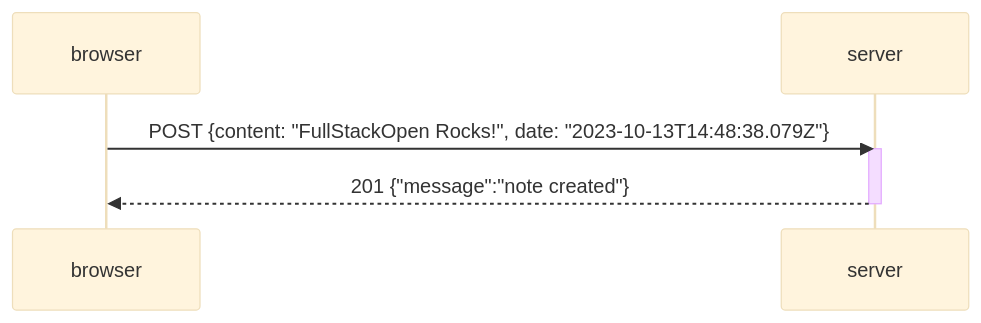
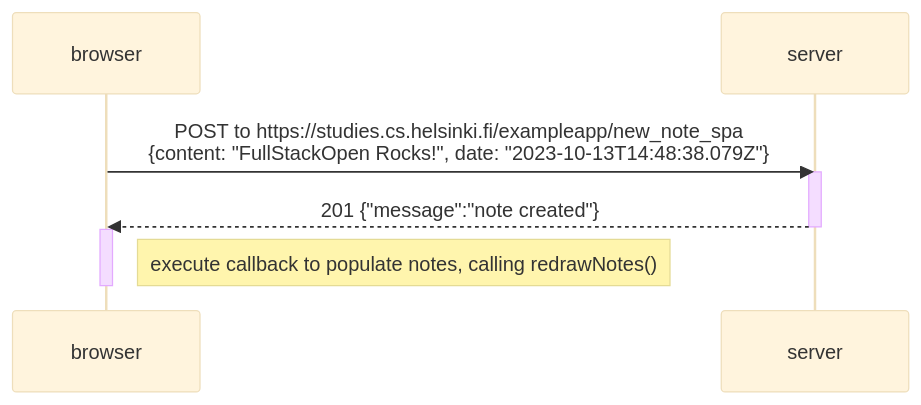
Before and after one commit to derekjwilliams/FullStackOpen: the diagram in part0/0.6_new_note_in_single_page_app.md, drawn with Mermaid (base theme). The commit also changed 1 other file, not shown here.

Commit message:
added callback execution

````diff
--- a/part0/0.6_new_note_in_single_page_app.md
+++ b/part0/0.6_new_note_in_single_page_app.md
@@ -2,9 +2,12 @@
 ```mermaid 
 sequenceDiagram
   participant browser
   participant server
-  browser->>server: POST {content: "FullStackOpen Rocks!", date: "2023-10-13T14:48:38.079Z"}
+  browser->>server: POST to https://studies.cs.helsinki.fi/exampleapp/new_note_spa<br/> {content: "FullStackOpen Rocks!", date: "2023-10-13T14:48:38.079Z"}
   activate server
   server-->>browser: 201 {"message":"note created"}
   deactivate server
+  activate browser
+  note right of browser: execute callback to populate notes, calling redrawNotes()
+  deactivate browser
 ```
````
